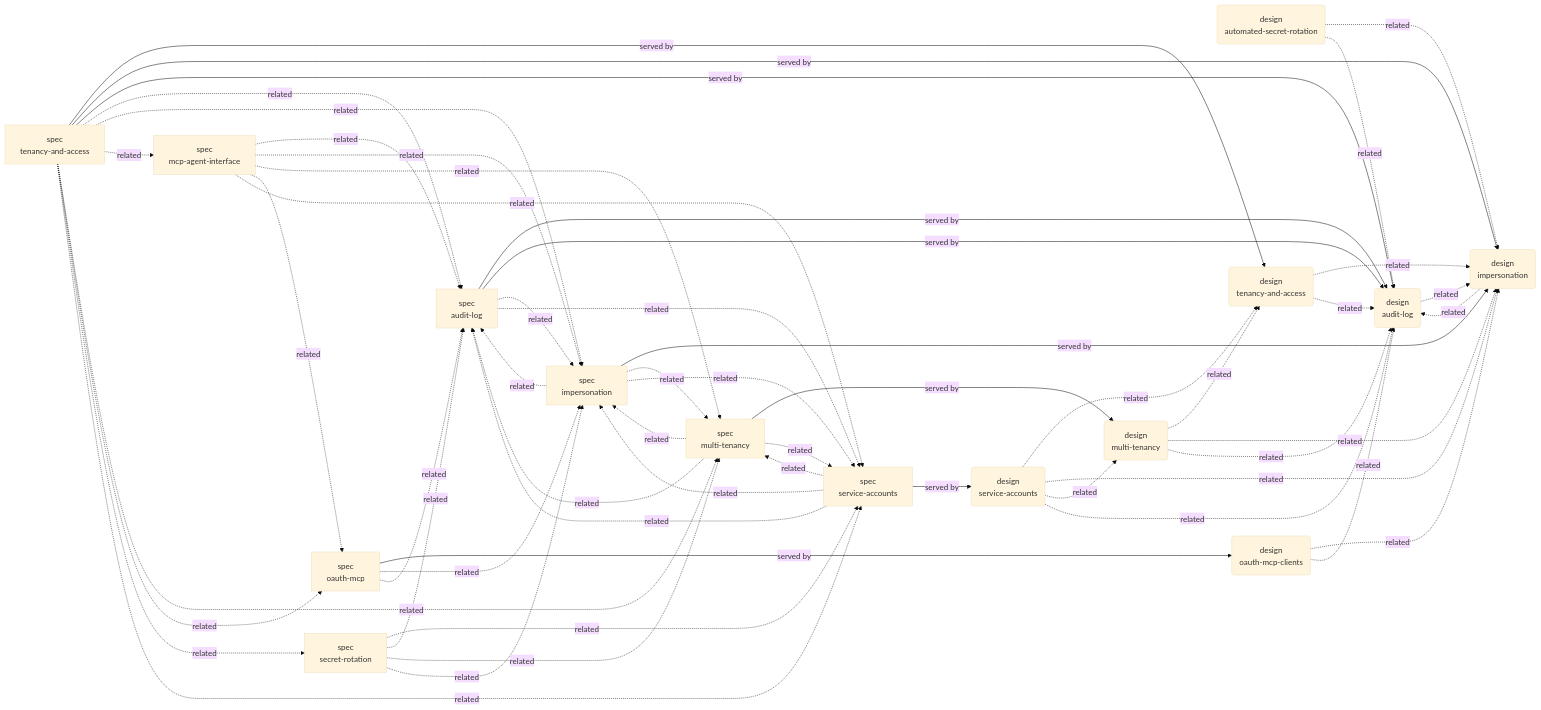
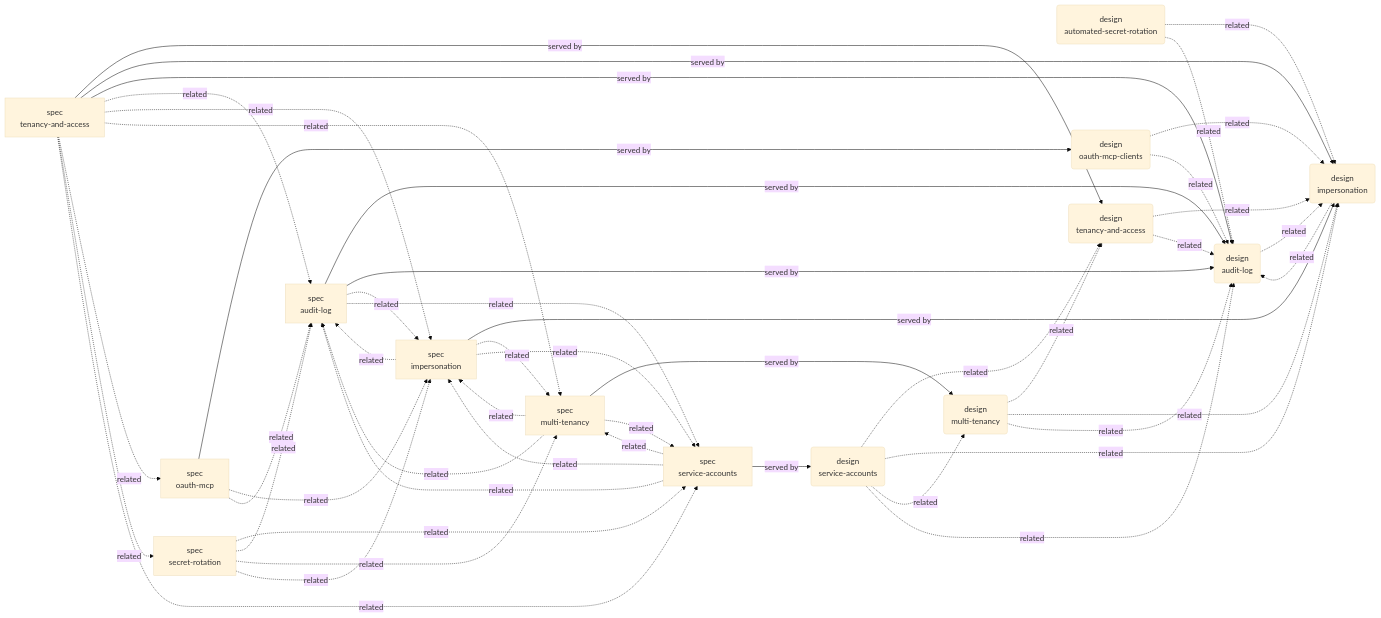
Before and after one commit to coder-devx/coder-system: the third of 6 diagrams in system/GRAPH.md, drawn with Mermaid (base theme). The commit also changed other lines of this file and 9 other files, not shown here.

````diff
--- a/system/GRAPH.md
+++ b/system/GRAPH.md
@@ -186,71 +186,64 @@
 ```mermaid
 flowchart LR
   n000("design<br/>audit-log")
   n001("design<br/>automated-secret-rotation")
   n002("design<br/>impersonation")
   n003("design<br/>multi-tenancy")
   n004("design<br/>oauth-mcp-clients")
   n005("design<br/>service-accounts")
   n006("design<br/>tenancy-and-access")
   n007["spec<br/>audit-log"]
   n008["spec<br/>impersonation"]
-  n009["spec<br/>mcp-agent-interface"]
-  n010["spec<br/>multi-tenancy"]
-  n011["spec<br/>oauth-mcp"]
-  n012["spec<br/>secret-rotation"]
-  n013["spec<br/>service-accounts"]
-  n014["spec<br/>tenancy-and-access"]
+  n009["spec<br/>multi-tenancy"]
+  n010["spec<br/>oauth-mcp"]
+  n011["spec<br/>secret-rotation"]
+  n012["spec<br/>service-accounts"]
+  n013["spec<br/>tenancy-and-access"]
   n007 -->|served by| n000
   n000 -.->|related| n002
   n001 -.->|related| n002
   n001 -.->|related| n000
   n002 -.->|related| n000
-  n010 -->|served by| n003
+  n009 -->|served by| n003
   n003 -.->|related| n006
   n003 -.->|related| n002
   n003 -.->|related| n000
   n004 -.->|related| n002
   n004 -.->|related| n000
-  n013 -->|served by| n005
+  n012 -->|served by| n005
   n005 -.->|related| n006
   n005 -.->|related| n002
   n005 -.->|related| n003
   n005 -.->|related| n000
-  n014 -->|served by| n006
+  n013 -->|served by| n006
   n006 -.->|related| n002
   n006 -.->|related| n000
   n007 -->|served by| n000
   n007 -.->|related| n008
-  n007 -.->|related| n013
+  n007 -.->|related| n012
   n008 -->|served by| n002
   n008 -.->|related| n007
-  n008 -.->|related| n010
-  n008 -.->|related| n013
+  n008 -.->|related| n009
+  n008 -.->|related| n012
   n009 -.->|related| n007
   n009 -.->|related| n008
-  n009 -.->|related| n010
-  n009 -.->|related| n011
-  n009 -.->|related| n013
+  n009 -.->|related| n012
+  n010 -->|served by| n004
+  n010 -.->|related| n008
   n010 -.->|related| n007
-  n010 -.->|related| n008
-  n010 -.->|related| n013
-  n011 -->|served by| n004
+  n011 -.->|related| n012
+  n011 -.->|related| n007
+  n011 -.->|related| n009
   n011 -.->|related| n008
-  n011 -.->|related| n007
-  n012 -.->|related| n013
   n012 -.->|related| n007
-  n012 -.->|related| n010
   n012 -.->|related| n008
+  n012 -.->|related| n009
+  n013 -->|served by| n002
+  n013 -->|served by| n000
   n013 -.->|related| n007
   n013 -.->|related| n008
+  n013 -.->|related| n009
   n013 -.->|related| n010
-  n014 -->|served by| n002
-  n014 -->|served by| n000
-  n014 -.->|related| n007
-  n014 -.->|related| n008
-  n014 -.->|related| n009
-  n014 -.->|related| n010
-  n014 -.->|related| n011
-  n014 -.->|related| n012
-  n014 -.->|related| n013
+  n013 -.->|related| n011
+  n013 -.->|related| n012
 ```
````
